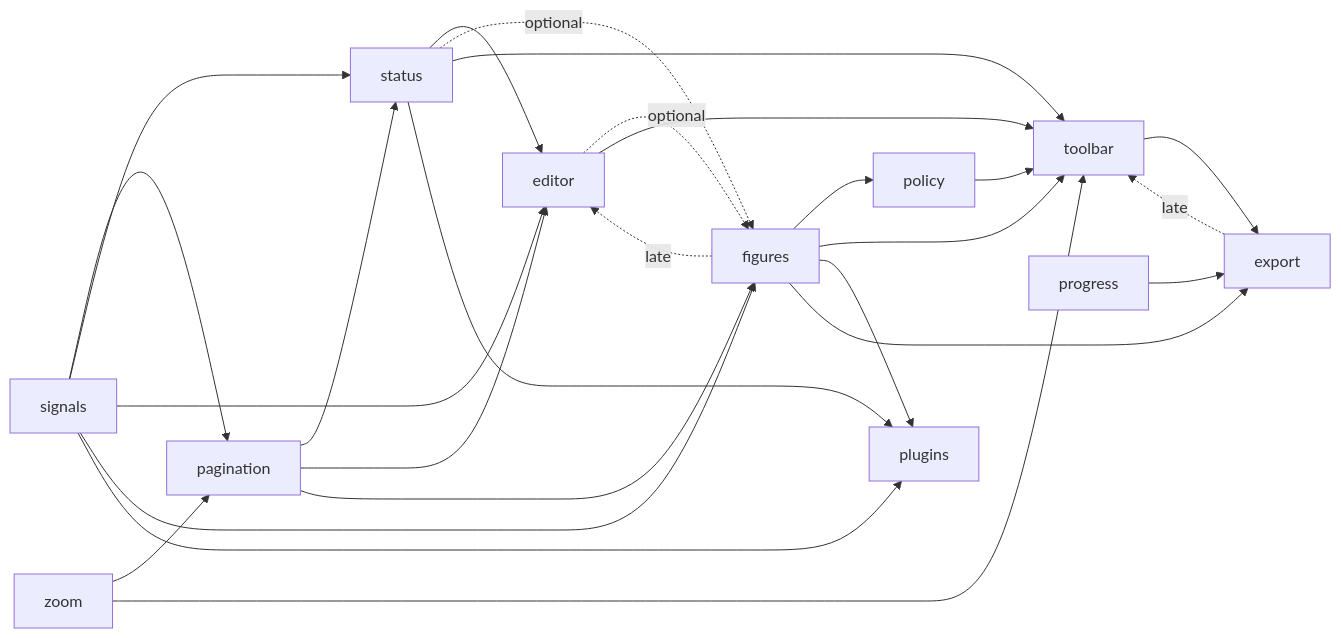
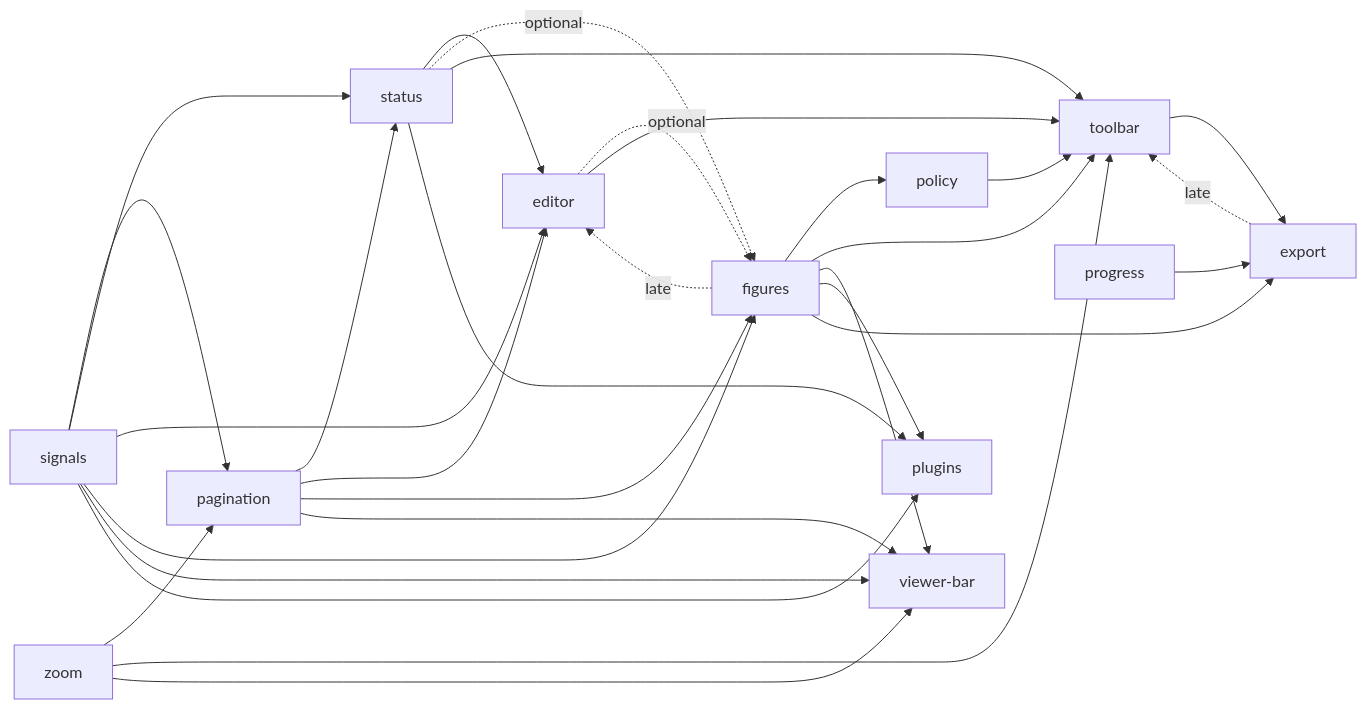
The diagram in DEPS.md (nakrasian/standalone-doc), drawn with Mermaid before and after one commit. The commit also changed other lines of this file and 34 other files, not shown here.

````diff
--- a/DEPS.md
+++ b/DEPS.md
@@ -26,28 +27,32 @@
 ```mermaid
 graph LR
   signals --> pagination
   zoom --> pagination
   signals --> status
   pagination --> status
   signals --> editor
   status --> editor
   pagination --> editor
   figures -.->|late| editor
   signals --> figures
   pagination --> figures
   status -.->|optional| figures
   editor -.->|optional| figures
   figures --> policy
   zoom --> toolbar
   editor --> toolbar
   figures --> toolbar
   status --> toolbar
   policy --> toolbar
   export -.->|late| toolbar
+  pagination --> viewer-bar
+  zoom --> viewer-bar
+  figures --> viewer-bar
+  signals --> viewer-bar
   signals --> plugins
   figures --> plugins
   status --> plugins
   figures --> export
   toolbar --> export
   progress --> export
 ```
````
